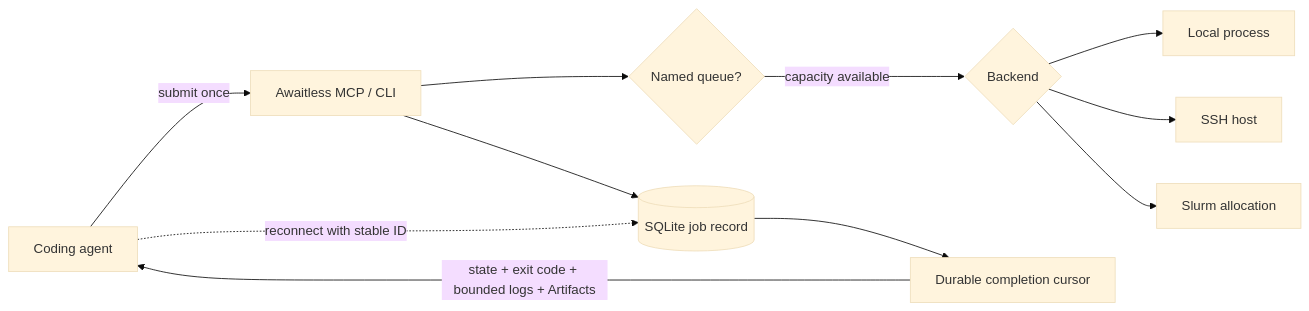
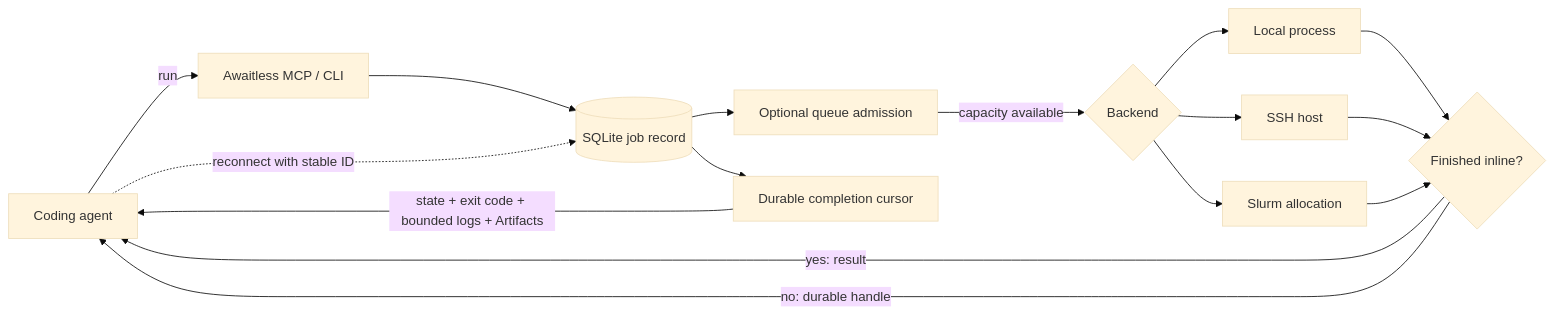
Before and after one commit to xpluspro/Awaitless: the diagram in README.md, drawn with Mermaid (base theme). The commit also changed other lines of this file and 21 other files, not shown here.

````diff
--- a/README.md
+++ b/README.md
@@ -191,13 +205,18 @@
 ```mermaid
 flowchart LR
-    A["Coding agent"] -->|"submit once"| B["Awaitless MCP / CLI"]
+    A["Coding agent"] -->|"run"| B["Awaitless MCP / CLI"]
     B --> C[("SQLite job record")]
-    B --> Q{"Named queue?"}
+    C --> Q["Optional queue admission"]
     Q -->|"capacity available"| D{"Backend"}
     D --> L["Local process"]
     D --> S["SSH host"]
     D --> H["Slurm allocation"]
+    L --> I{"Finished inline?"}
+    S --> I
+    H --> I
+    I -->|"yes: result"| A
+    I -->|"no: durable handle"| A
     A -. "reconnect with stable ID" .-> C
     C --> E["Durable completion cursor"]
     E -->|"state + exit code + bounded logs + Artifacts"| A
 ```
````
